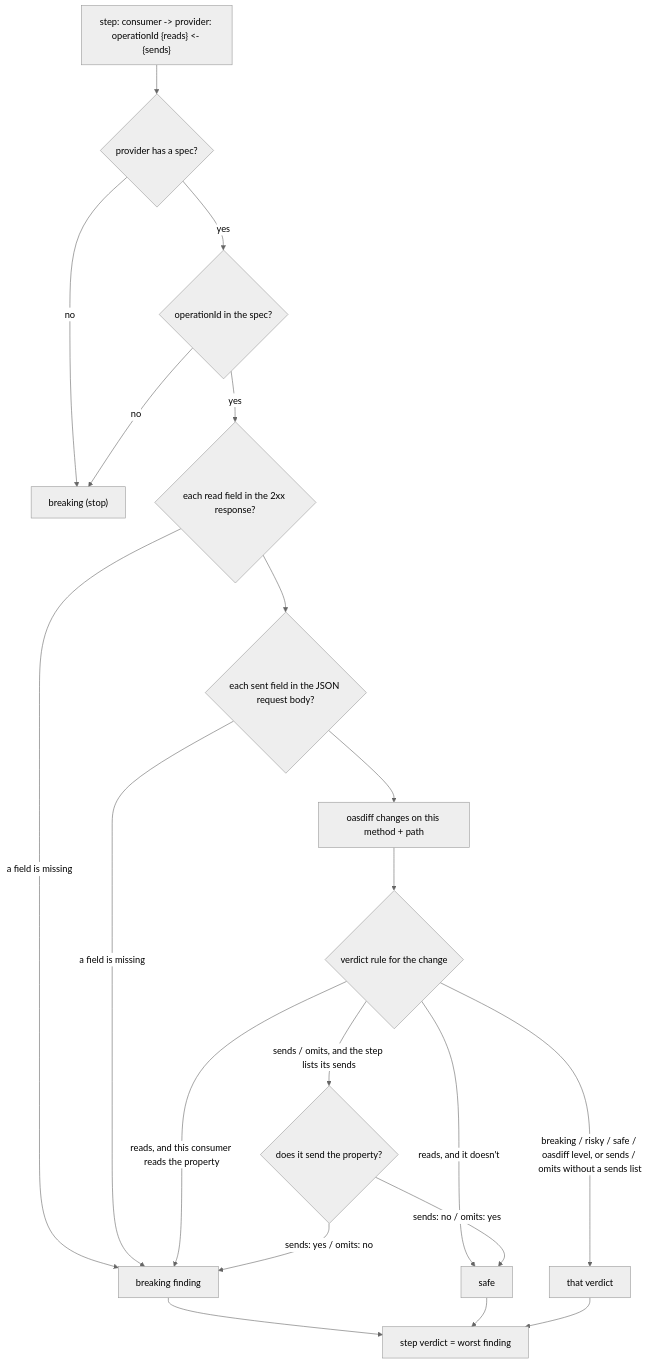
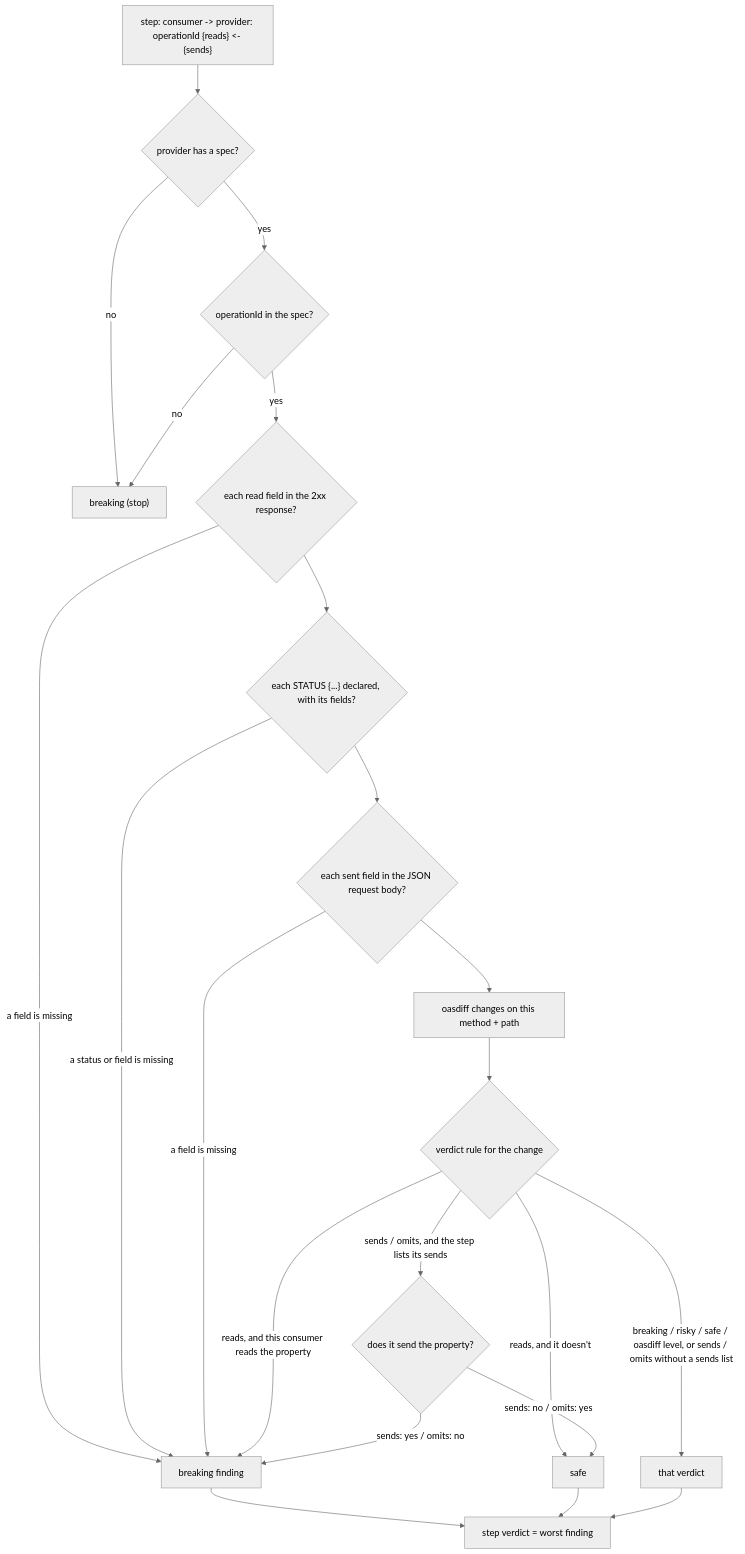
The diagram in README.md (escherize/selvage), drawn with Mermaid (neutral theme) before and after one commit. The commit also changed other lines of this file and 6 other files, not shown here.

First line of the commit message:
Flows: fields read from non-2xx responses

````diff
--- a/README.md
+++ b/README.md
@@ -39,22 +39,24 @@
 ```mermaid
 flowchart TD
   S["step: consumer -> provider: operationId {reads} <- {sends}"] --> A{"provider has a spec?"}
   A -- no --> X["breaking (stop)"]
   A -- yes --> O{"operationId in the spec?"}
   O -- no --> X
   O -- yes --> F{"each read field in the 2xx response?"}
   F -- "a field is missing" --> B["breaking finding"]
-  F --> Q{"each sent field in the JSON request body?"}
+  F --> E{"each STATUS {...} declared, with its fields?"}
+  E -- "a status or field is missing" --> B
+  E --> Q{"each sent field in the JSON request body?"}
   Q -- "a field is missing" --> B
   Q --> C["oasdiff changes on this method + path"]
   C --> R{"verdict rule for the change"}
   R -- "reads, and this consumer reads the property" --> B
   R -- "reads, and it doesn't" --> OK["safe"]
   R -- "sends / omits, and the step lists its sends" --> SO{"does it send the property?"}
   SO -- "sends: yes / omits: no" --> B
   SO -- "sends: no / omits: yes" --> OK
   R -- "breaking / risky / safe / oasdiff level, or sends / omits without a sends list" --> V["that verdict"]
   B --> W["step verdict = worst finding"]
   OK --> W
   V --> W
 ```
````
